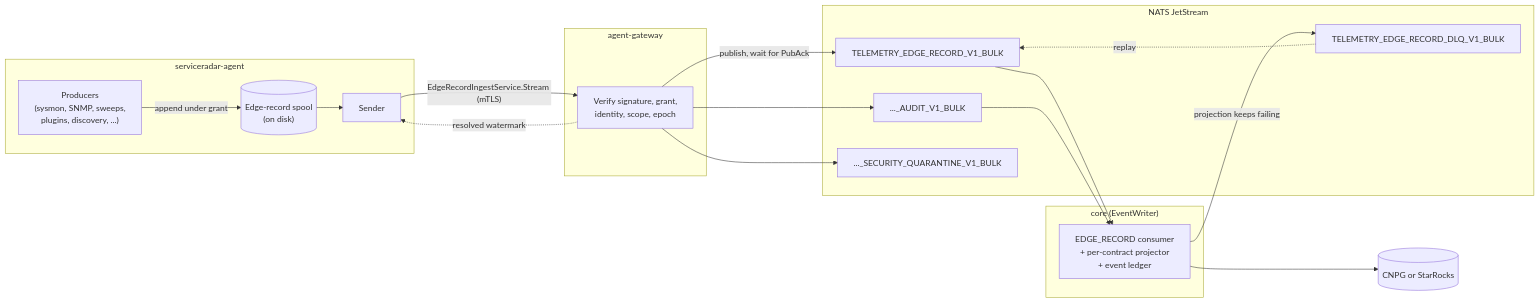
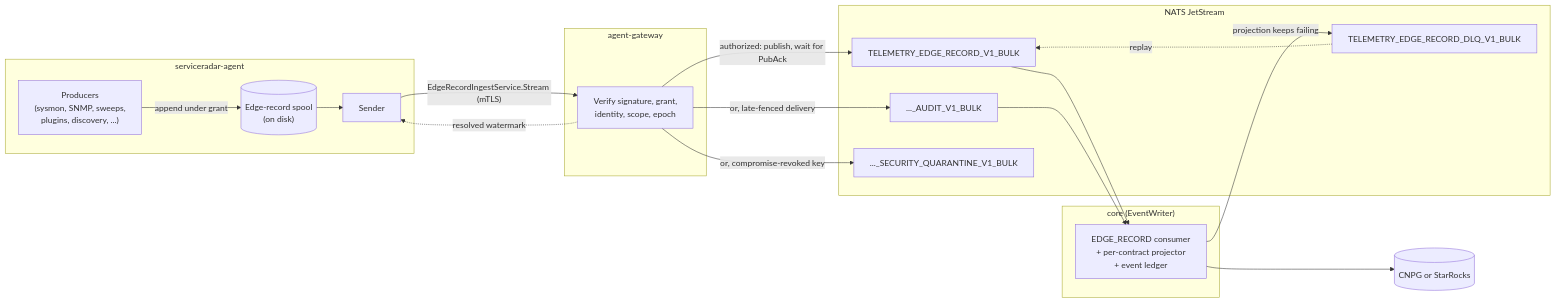
One commit to carverauto/serviceradar changed the diagram in docs/docs/durable-edge-records.md. Above: the diagram before and after it, drawn with Mermaid. The commit also changed other lines of this file and 1 other file, not shown here.

````diff
--- a/docs/docs/durable-edge-records.md
+++ b/docs/docs/durable-edge-records.md
@@ -56,36 +56,36 @@
 ```mermaid
 flowchart LR
   subgraph Agent["serviceradar-agent"]
     P["Producers\n(sysmon, SNMP, sweeps,\nplugins, discovery, ...)"]
     S[("Edge-record spool\n(on disk)")]
     TX["Sender"]
     P -->|"append under grant"| S --> TX
   end
 
   subgraph GW["agent-gateway"]
     AU["Verify signature, grant,\nidentity, scope, epoch"]
   end
 
   subgraph JS["NATS JetStream"]
     PRI["TELEMETRY_EDGE_RECORD_V1_BULK"]
     AUD["..._AUDIT_V1_BULK"]
     QUA["..._SECURITY_QUARANTINE_V1_BULK"]
     DLQ["TELEMETRY_EDGE_RECORD_DLQ_V1_BULK"]
   end
 
   subgraph Core["core (EventWriter)"]
     EW["EDGE_RECORD consumer\n+ per-contract projector\n+ event ledger"]
   end
 
   Store[("CNPG or StarRocks")]
 
   TX -->|"EdgeRecordIngestService.Stream (mTLS)"| AU
-  AU -->|"publish, wait for PubAck"| PRI
-  AU --> AUD
-  AU --> QUA
+  AU -->|"authorized: publish, wait for PubAck"| PRI
+  AU -->|"or, late-fenced delivery"| AUD
+  AU -->|"or, compromise-revoked key"| QUA
   AU -.->|"resolved watermark"| TX
   PRI --> EW --> Store
   AUD --> EW
   EW -->|"projection keeps failing"| DLQ
   DLQ -.->|"replay"| PRI
 ```
````
